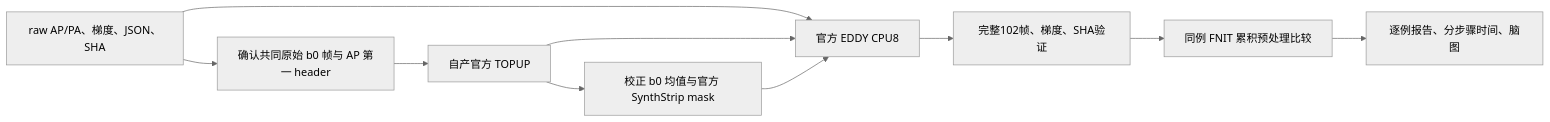
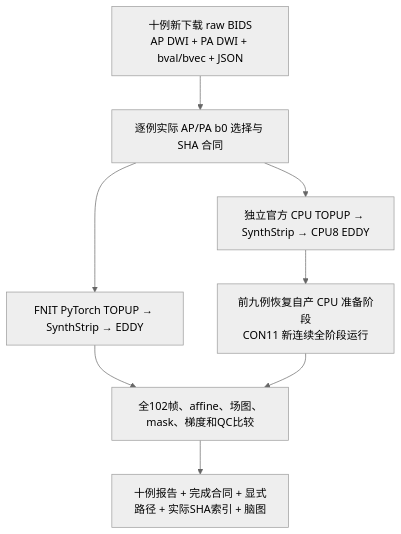
Before and after one commit to weikanggong1/Fudan-Neuroimaging-toolkit: the diagram in validation/connectome/tenraw_20261002/task_01/official_rawprep_v1/README.md, drawn with Mermaid (neutral theme). The commit also changed other lines of this file and 106 other files, not shown here.

````diff
--- a/validation/connectome/tenraw_20261002/task_01/official_rawprep_v1/README.md
+++ b/validation/connectome/tenraw_20261002/task_01/official_rawprep_v1/README.md
@@ -9,12 +7,12 @@
 ```mermaid
-flowchart LR
-    R[raw AP/PA、梯度、JSON、SHA] --> P[确认共同原始 b0 帧与 AP 第一 header]
-    P --> T[自产官方 TOPUP]
-    T --> M[校正 b0 均值与官方 SynthStrip mask]
-    R --> E[官方 EDDY CPU8]
-    T --> E
-    M --> E
-    E --> V[完整102帧、梯度、SHA验证]
-    V --> C[同例 FNIT 累积预处理比较]
-    C --> D[逐例报告、分步骤时间、脑图]
+flowchart TD
+ A[十例新下载 raw BIDS
+AP DWI + PA DWI + bval/bvec + JSON] --> B[逐例实际 AP/PA b0 选择与 SHA 合同]
+ B --> C[FNIT PyTorch TOPUP → SynthStrip → EDDY]
+ B --> D[独立官方 CPU TOPUP → SynthStrip → CPU8 EDDY]
+ D --> E[前九例恢复自产 CPU 准备阶段
+CON11 新连续全阶段运行]
+ C --> F[全102帧、affine、场图、mask、梯度和QC比较]
+ E --> F
+ F --> G[十例报告 + 完成合同 + 显式路径 + 实际SHA索引 + 脑图]
 ```
````
